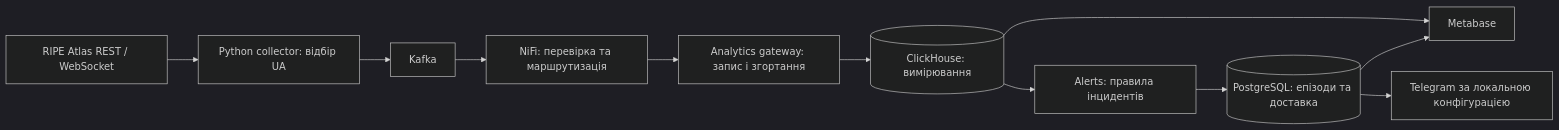
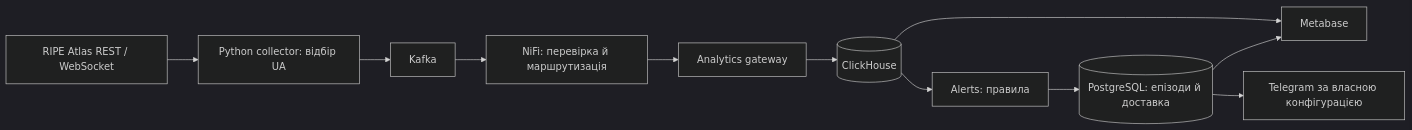
Before and after one commit to uneavk/ripe-atlas-monitoring: the diagram in README.md, drawn with Mermaid (dark theme). The commit also changed other lines of this file and 42 other files, not shown here.

````diff
--- a/README.md
+++ b/README.md
@@ -43,13 +35,13 @@
 ```mermaid
 flowchart LR
     R[RIPE Atlas REST / WebSocket] --> P[Python collector: відбір UA]
     P --> K[Kafka]
-    K --> N[NiFi: перевірка та маршрутизація]
-    N --> G[Analytics gateway: запис і згортання]
-    G --> C[(ClickHouse: вимірювання)]
-    C --> A[Alerts: правила інцидентів]
-    A --> D[(PostgreSQL: епізоди та доставка)]
+    K --> N[NiFi: перевірка й маршрутизація]
+    N --> G[Analytics gateway]
+    G --> C[(ClickHouse)]
+    C --> A[Alerts: правила]
+    A --> D[(PostgreSQL: епізоди й доставка)]
     C --> M[Metabase]
     D --> M
-    D --> T[Telegram за локальною конфігурацією]
+    D --> T[Telegram за власною конфігурацією]
 ```
````
